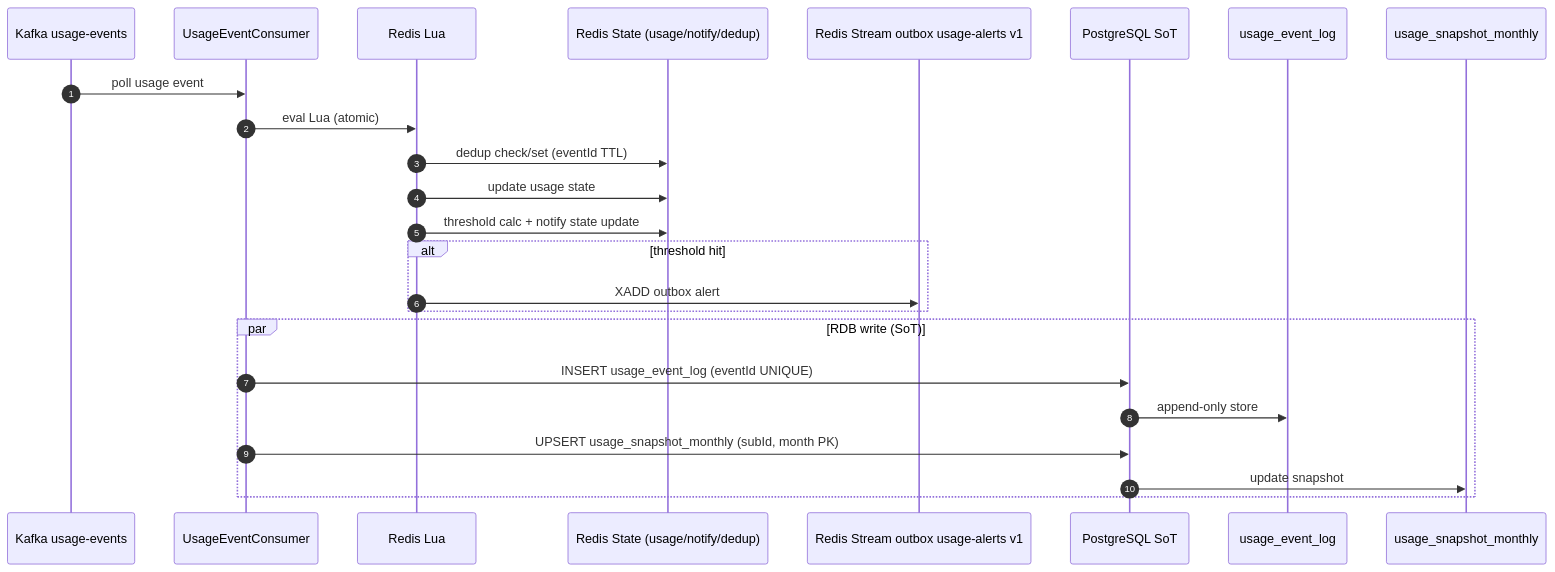
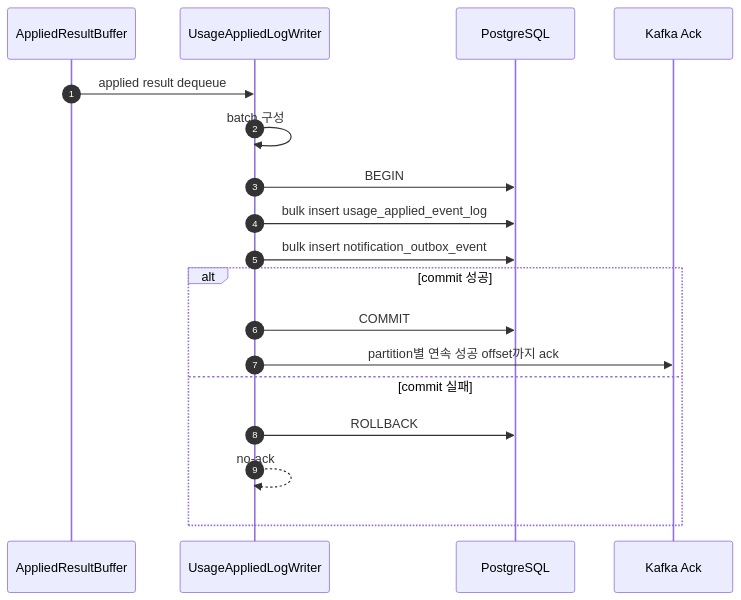
Before and after one commit to HOTSPOT-pro/HOTSPOT-KAFKA: the fifth of 7 diagrams in README.md, drawn with Mermaid. The commit also changed other lines of this file, not shown here.

````diff
--- a/README.md
+++ b/README.md
@@ -509,29 +575,21 @@
 ```mermaid
 sequenceDiagram
   autonumber
-  participant K as Kafka usage-events
-  participant UC as UsageEventConsumer
-  participant R as Redis Lua
-  participant RS as Redis State (usage/notify/dedup)
-  participant O as Redis Stream outbox usage-alerts v1
-  participant DB as PostgreSQL SoT
-  participant LOG as usage_event_log
-  participant SNAP as usage_snapshot_monthly
+  participant Q as AppliedResultBuffer
+  participant W as UsageAppliedLogWriter
+  participant DB as PostgreSQL
+  participant K as Kafka Ack
 
-  K->>UC: poll usage event
-  UC->>R: eval Lua (atomic)
-
-  R->>RS: dedup check/set (eventId TTL)
-  R->>RS: update usage state
-  R->>RS: threshold calc + notify state update
-  alt threshold hit
-    R->>O: XADD outbox alert
-  end
-
-  par RDB write (SoT)
-    UC->>DB: INSERT usage_event_log (eventId UNIQUE)
-    DB->>LOG: append-only store
-    UC->>DB: UPSERT usage_snapshot_monthly (subId, month PK)
-    DB->>SNAP: update snapshot
+  Q->>W: applied result dequeue
+  W->>W: batch 구성
+  W->>DB: BEGIN
+  W->>DB: bulk insert usage_applied_event_log
+  W->>DB: bulk insert notification_outbox_event
+  alt commit 성공
+    W->>DB: COMMIT
+    W->>K: partition별 연속 성공 offset까지 ack
+  else commit 실패
+    W->>DB: ROLLBACK
+    W-->>W: no-ack
   end
 ```
````
